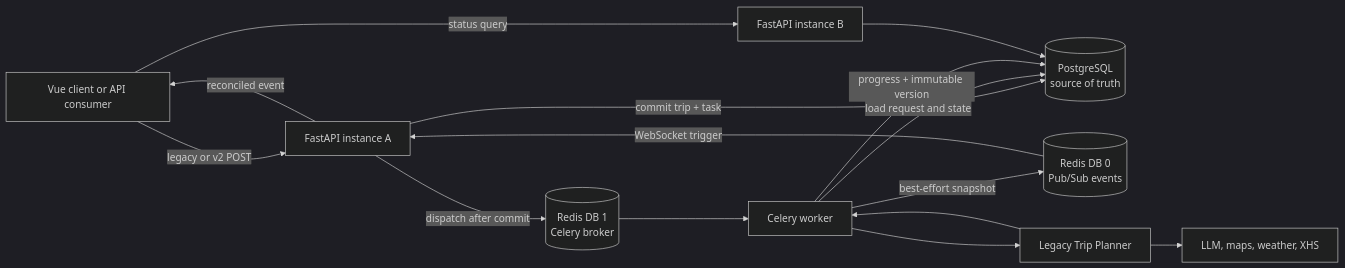
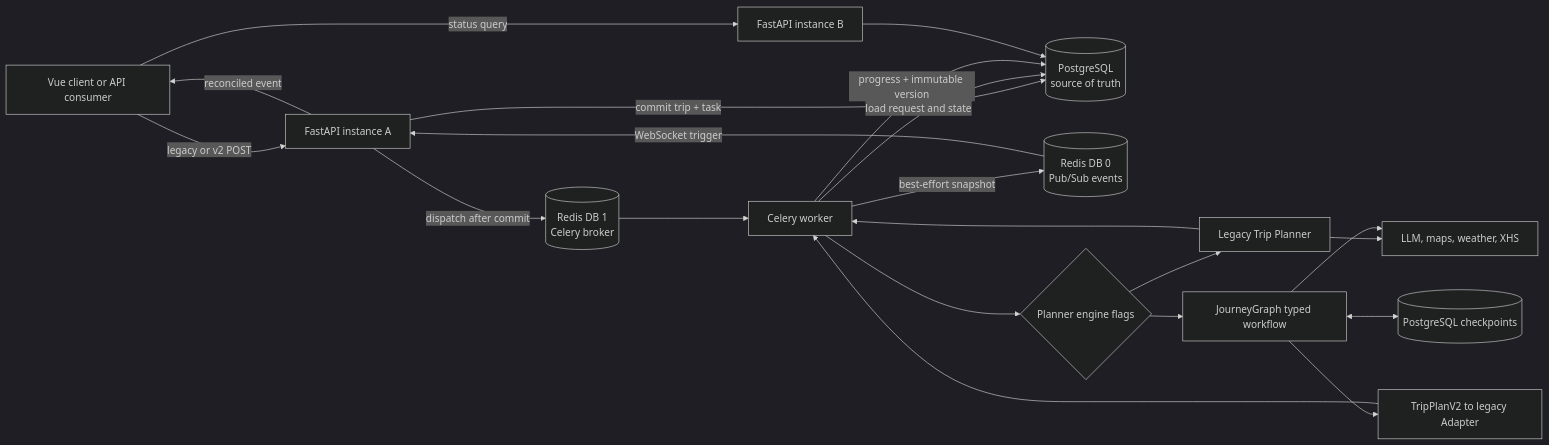
Before and after one commit to Xcaesar1/JourneyOps: the first of 3 diagrams in docs/ARCHITECTURE.md, drawn with Mermaid (dark theme). The commit also changed other lines of this file and 5 other files, not shown here.

````diff
--- a/docs/ARCHITECTURE.md
+++ b/docs/ARCHITECTURE.md
@@ -5,27 +5,37 @@
 ```mermaid
 flowchart LR
     Client["Vue client or API consumer"]
     API1["FastAPI instance A"]
     API2["FastAPI instance B"]
     DB[("PostgreSQL\nsource of truth")]
     Broker[("Redis DB 1\nCelery broker")]
     Events[("Redis DB 0\nPub/Sub events")]
     Worker["Celery worker"]
-    Planner["Legacy Trip Planner"]
+    Selector{"Planner engine flags"}
+    Legacy["Legacy Trip Planner"]
+    Graph["JourneyGraph typed workflow"]
+    Checkpoints[("PostgreSQL checkpoints")]
+    Adapter["TripPlanV2 to legacy Adapter"]
     Providers["LLM, maps, weather, XHS"]
 
     Client -->|"legacy or v2 POST"| API1
     Client -->|"status query"| API2
     API1 -->|"commit trip + task"| DB
     API1 -->|"dispatch after commit"| Broker
     Broker --> Worker
     Worker -->|"load request and state"| DB
-    Worker --> Planner
-    Planner --> Providers
-    Planner --> Worker
+    Worker --> Selector
+    Selector --> Legacy
+    Selector --> Graph
+    Legacy --> Providers
+    Legacy --> Worker
+    Graph --> Providers
+    Graph <--> Checkpoints
+    Graph --> Adapter
+    Adapter --> Worker
     Worker -->|"progress + immutable version"| DB
     Worker -->|"best-effort snapshot"| Events
     Events -->|"WebSocket trigger"| API1
     API1 -->|"reconciled event"| Client
     API2 --> DB
 ```
````
